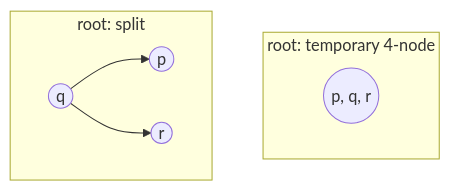
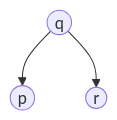
Before and after one commit to tmtxt/tmtxt.github.com: diagram 11 of 11 in _drafts/2018-09-24-2-3-search-trees.md, drawn with Mermaid. The commit also changed other lines of this file, not shown here.

```diff
--- a/_drafts/2018-09-24-2-3-search-trees.md
+++ b/_drafts/2018-09-24-2-3-search-trees.md
@@ -279,10 +287,5 @@
   <div class="mermaid">
   graph TD
-    subgraph RootBefore["root: temporary 4-node"]
-      PQR(("p, q, r"))
-    end
-    subgraph RootAfter["root: split"]
-      Q2((q)) --> P2((p))
-      Q2 --> R2((r))
-    end
+    Q2((q)) --> P2((p))
+    Q2 --> R2((r))
   </div>
```
